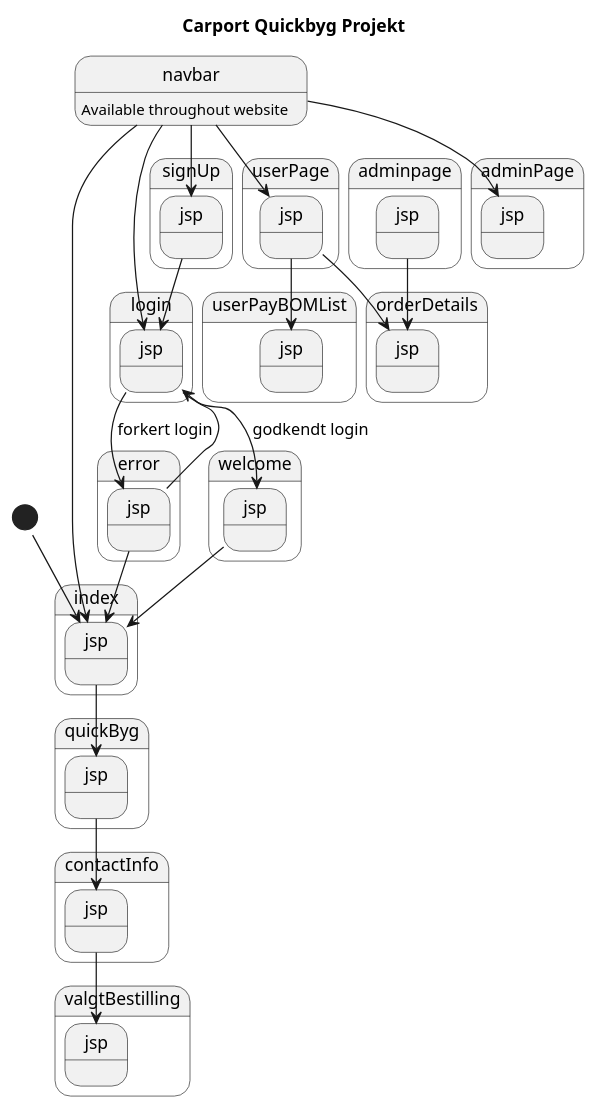
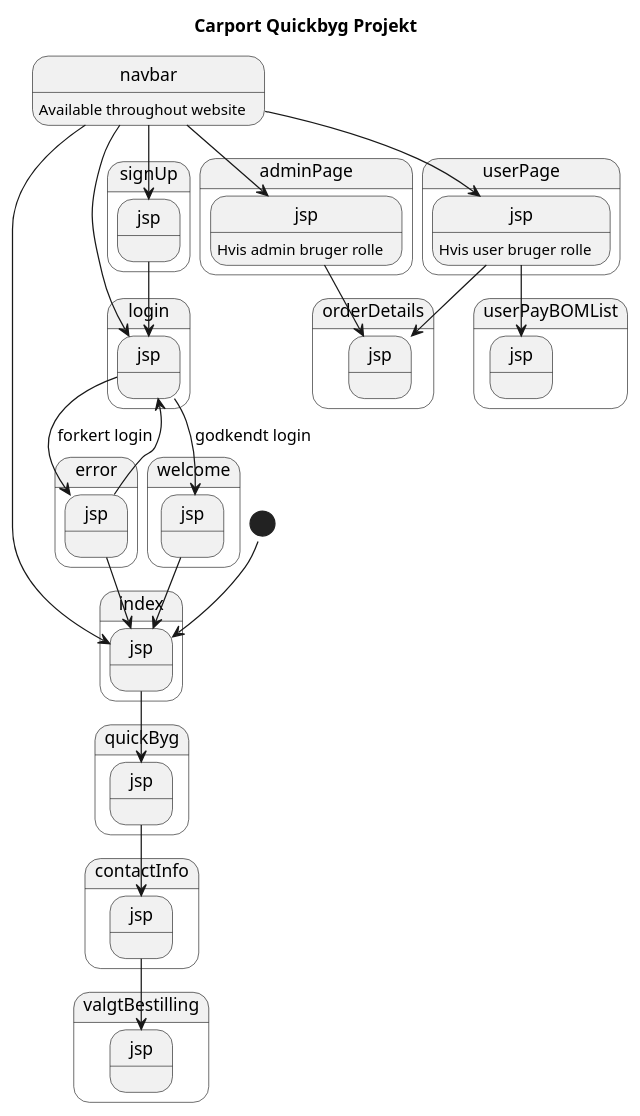
The diagram in src/main/Diagrams/Navigationsdiagram.puml (JuliusLansner/CarportWebapp), drawn with PlantUML before and after one commit. The commit also changed 1 other file, not shown here.

Commit message:
diagram changes

```diff
--- a/src/main/Diagrams/Navigationsdiagram.puml
+++ b/src/main/Diagrams/Navigationsdiagram.puml
@@ -1,47 +1,52 @@
 @startuml
 !pragma layout smetana
 
 title Carport Quickbyg Projekt
 state index.jsp
 state error.jsp
 state login.jsp
 state signUp.jsp
 state welcome.jsp
 state contactInfo.jsp
 state orderDetails.jsp
 state quickByg.jsp
 state userPayBOMList.jsp
 state valgtBestilling.jsp
 state userPage.jsp
 state adminPage.jsp
 
+navbar:Available throughout website
+adminPage.jsp:Hvis admin bruger rolle
+userPage.jsp: Hvis user bruger rolle
+
+
 [*] --> index.jsp
-navbar:Available throughout website
+
 navbar-->index.jsp
 navbar-->login.jsp
 navbar-->signUp.jsp
 
 navbar-->adminPage.jsp
-adminpage.jsp-->orderDetails.jsp
+adminPage.jsp-->orderDetails.jsp
 navbar-->userPage.jsp
 userPage.jsp-->orderDetails.jsp
 userPage.jsp-->userPayBOMList.jsp
 
 login.jsp --> welcome.jsp: godkendt login
 login.jsp --> error.jsp: forkert login
 error.jsp --> index.jsp
 error.jsp --> login.jsp
 
 signUp.jsp-->login.jsp
 welcome.jsp --> index.jsp
 
 index.jsp-->quickByg.jsp
 quickByg.jsp-->contactInfo.jsp
 contactInfo.jsp--> valgtBestilling.jsp
 
 
 
 
 
 
 @enduml
```
